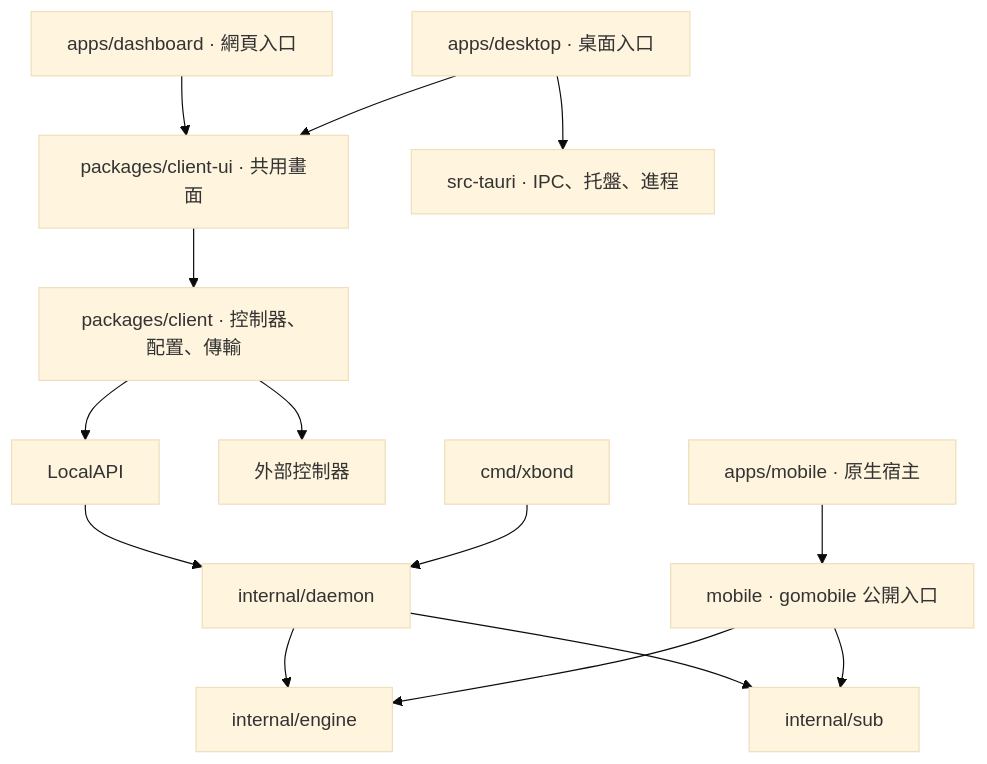
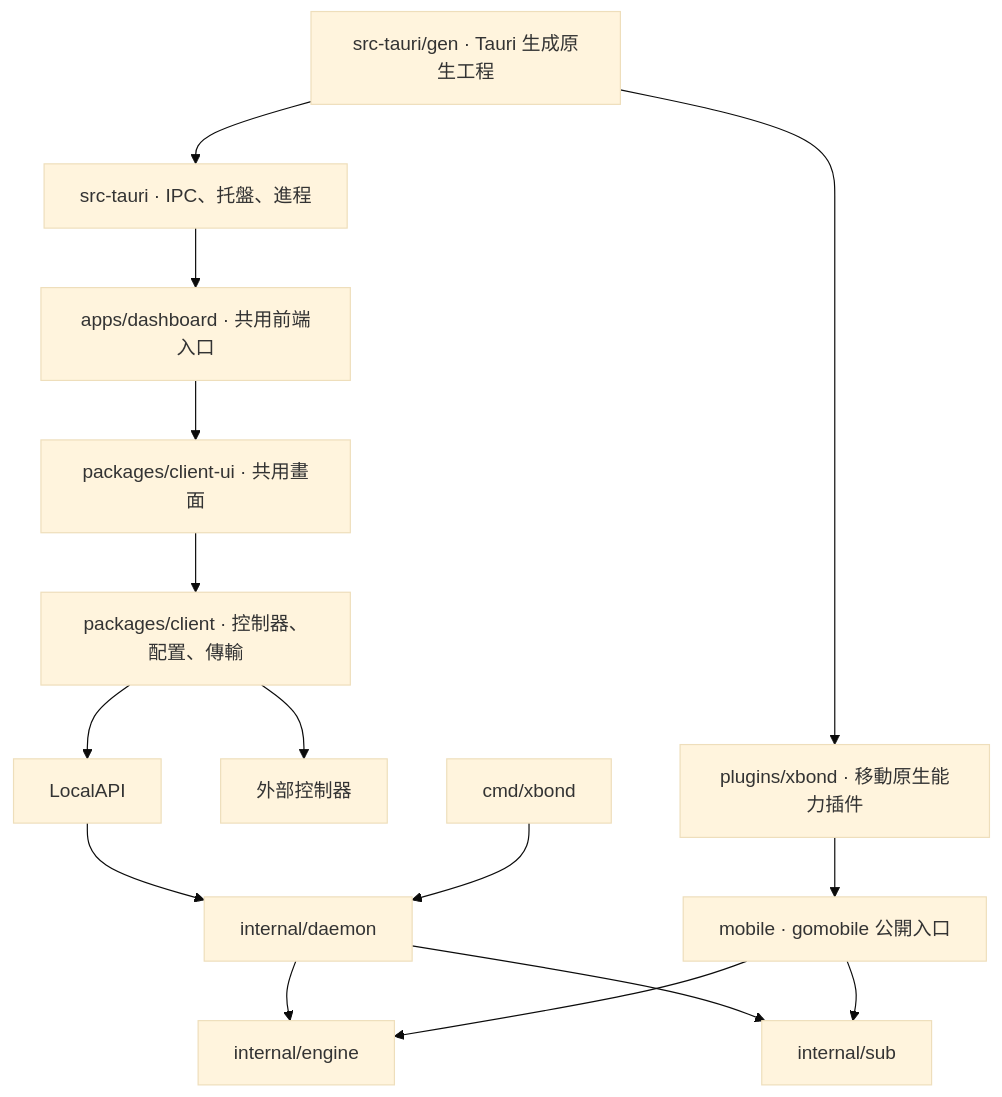
The diagram in docs/architecture/client-system.md (openxbond/xbond), drawn with Mermaid (base theme) before and after one commit. The commit also changed other lines of this file and 243 other files, not shown here.

````diff
--- a/docs/architecture/client-system.md
+++ b/docs/architecture/client-system.md
@@ -7,16 +7,17 @@
 ```mermaid
 flowchart TD
-  Dashboard["apps/dashboard · 網頁入口"] --> UI["packages/client-ui · 共用畫面"]
-  Desktop["apps/desktop · 桌面入口"] --> UI
+  Dashboard["apps/dashboard · 共用前端入口"] --> UI["packages/client-ui · 共用畫面"]
   UI --> Client["packages/client · 控制器、配置、傳輸"]
-  Desktop --> Tauri["src-tauri · IPC、托盤、進程"]
+  Tauri["src-tauri · IPC、托盤、進程"] --> Dashboard
   Client --> Local["LocalAPI"]
   Client --> Remote["外部控制器"]
   Local --> Daemon["internal/daemon"]
   CLI["cmd/xbond"] --> Daemon
   Daemon --> Engine["internal/engine"]
   Daemon --> Sub["internal/sub"]
-  Mobile["apps/mobile · 原生宿主"] --> Binding["mobile · gomobile 公開入口"]
+  Mobile["src-tauri/gen · Tauri 生成原生工程"] --> Tauri
+  Mobile --> Plugin["plugins/xbond · 移動原生能力插件"]
+  Plugin --> Binding["mobile · gomobile 公開入口"]
   Binding --> Engine
   Binding --> Sub
 ```
````
